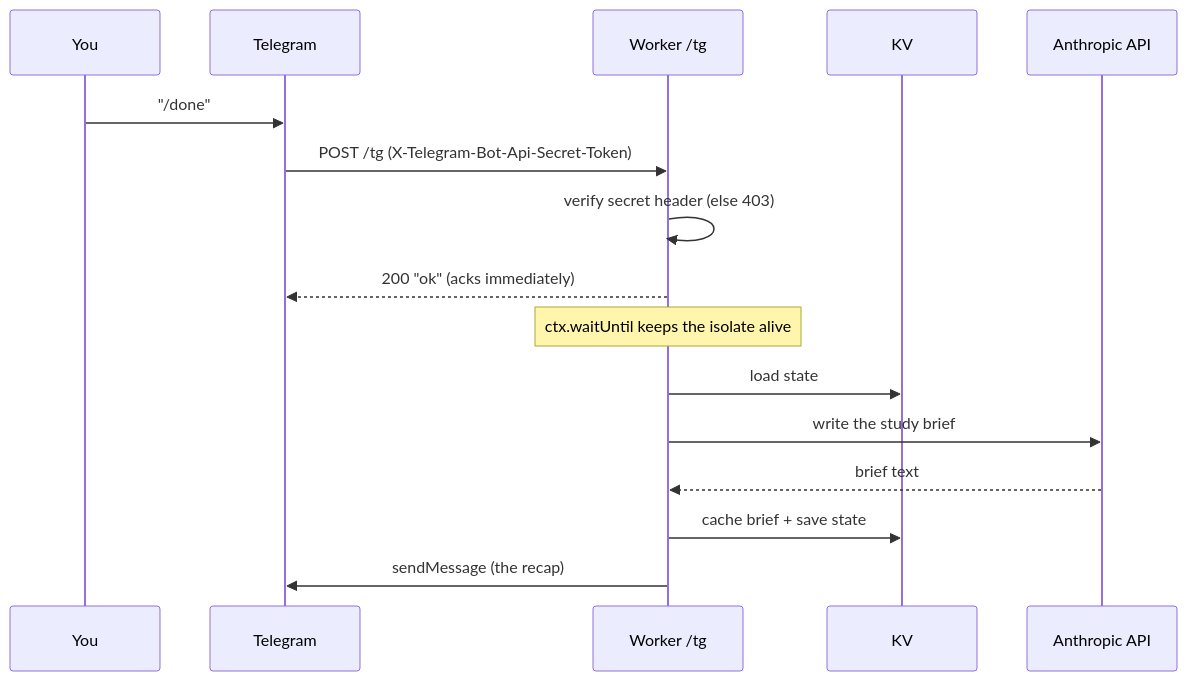
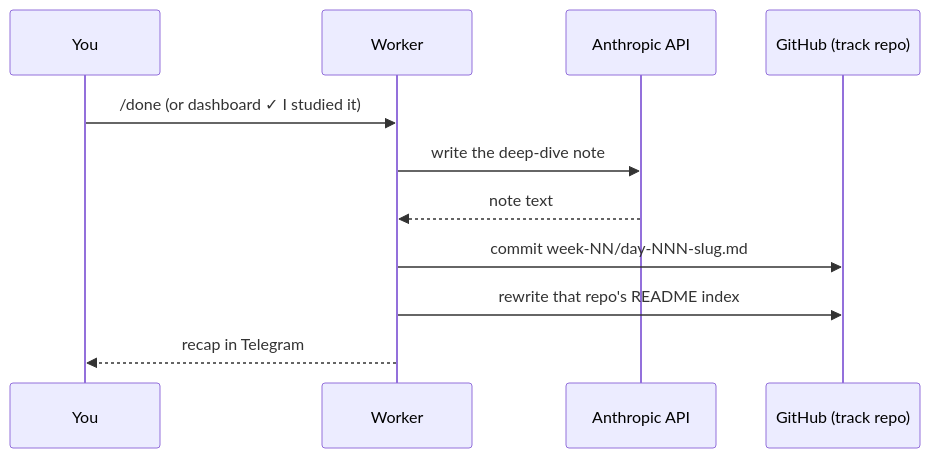
Before and after one commit to astroboy1183/study-agent: the second of 2 diagrams in README.md, drawn with Mermaid. The commit also changed other lines of this file and 1 other file, not shown here.

````diff
--- a/README.md
+++ b/README.md
@@ -182,18 +194,13 @@
 ```mermaid
 sequenceDiagram
   participant You
-  participant TG as Telegram
-  participant W as Worker /tg
-  participant KV
+  participant W as Worker
   participant M as Anthropic API
-  You->>TG: "/done"
-  TG->>W: POST /tg (X-Telegram-Bot-Api-Secret-Token)
-  W->>W: verify secret header (else 403)
-  W-->>TG: 200 "ok"  (acks immediately)
-  Note over W: ctx.waitUntil keeps the isolate alive
-  W->>KV: load state
-  W->>M: write the study brief
-  M-->>W: brief text
-  W->>KV: cache brief + save state
-  W->>TG: sendMessage (the recap)
+  participant GH as GitHub (track repo)
+  You->>W: /done  (or dashboard ✓ I studied it)
+  W->>M: write the deep-dive note
+  M-->>W: note text
+  W->>GH: commit week-NN/day-NNN-slug.md
+  W->>GH: rewrite that repo's README index
+  W-->>You: recap in Telegram
 ```
````
